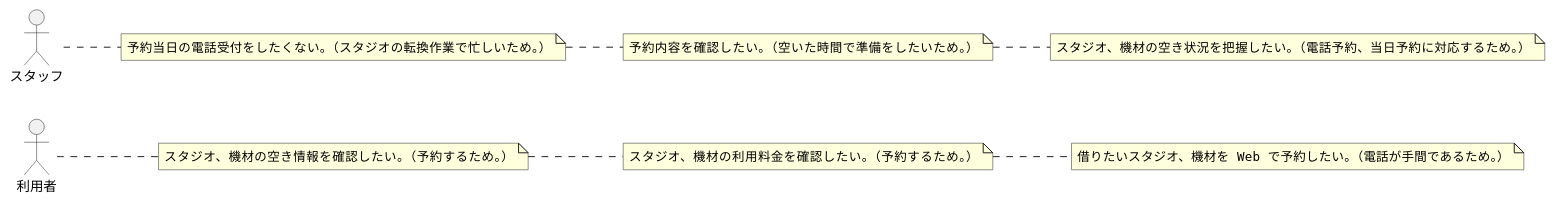
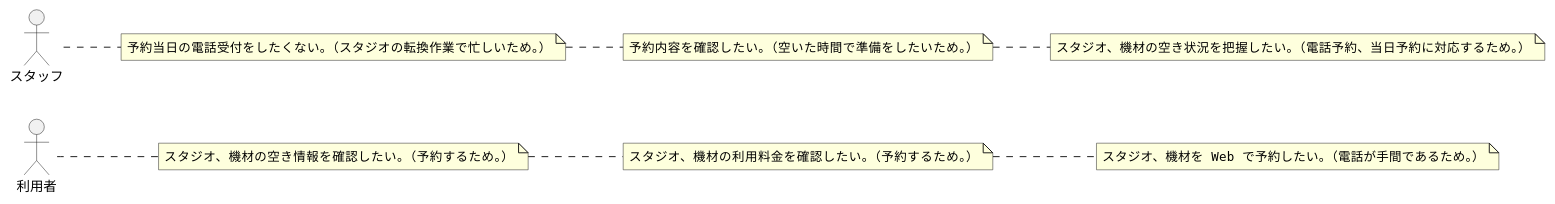
The diagram in modeling/02_RequirementModel.pu (TakashiOnawa/ddd-practice-studio-reservation), drawn with PlantUML before and after one commit. The commit also changed 29 other files, not shown here.

```diff
--- a/modeling/02_RequirementModel.pu
+++ b/modeling/02_RequirementModel.pu
@@ -1,19 +1,19 @@
 @startuml RequirementModel
 
 left to right direction
 
 actor 利用者
 note right : スタジオ、機材の空き情報を確認したい。（予約するため。）
 actor 利用者
 note right : スタジオ、機材の利用料金を確認したい。（予約するため。）
 actor 利用者
-note right : 借りたいスタジオ、機材を Web で予約したい。（電話が手間であるため。）
+note right : スタジオ、機材を Web で予約したい。（電話が手間であるため。）
 
 actor スタッフ
 note right : 予約当日の電話受付をしたくない。（スタジオの転換作業で忙しいため。）
 actor スタッフ
 note right : 予約内容を確認したい。（空いた時間で準備をしたいため。）
 actor スタッフ
 note right : スタジオ、機材の空き状況を把握したい。（電話予約、当日予約に対応するため。）
 
 @enduml
```
